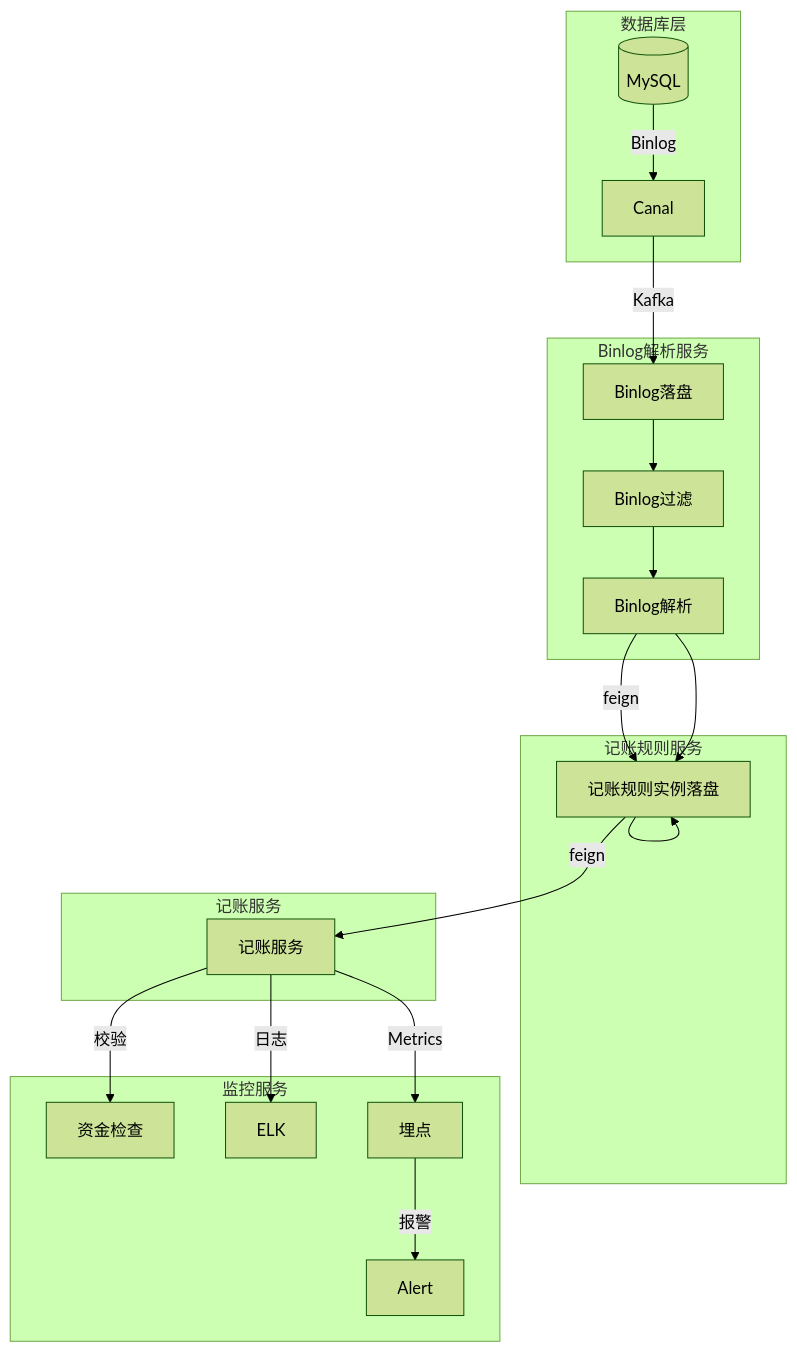
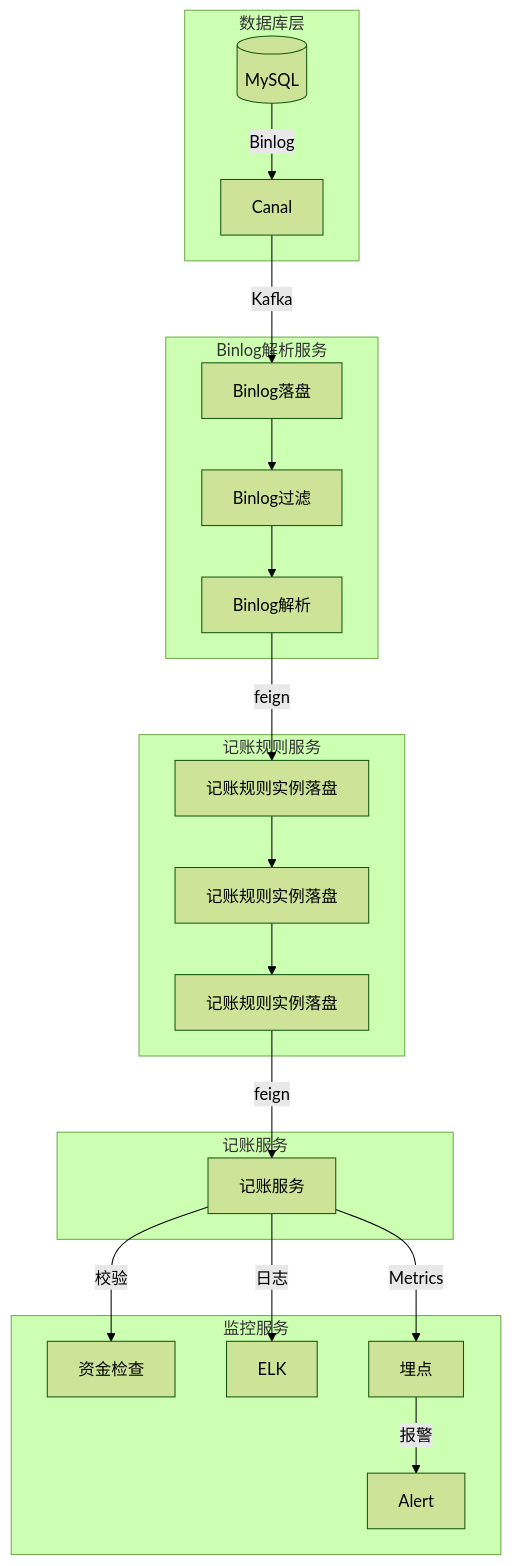
Before and after one commit to 87828943/iodraw-files: the diagram in all/记账架构图.md, drawn with Mermaid (forest theme).

Commit message:
2025-07-07 14:45:50 update

````diff
--- a/all/记账架构图.md
+++ b/all/记账架构图.md
@@ -1,26 +1,25 @@
 ```mermaid
 graph TB
     subgraph 数据库层
         DB[(MySQL)] -->|Binlog| Canal
     end
     subgraph Binlog解析服务
         Canal -->|Kafka| Binlog[Binlog落盘]
         Binlog --> Binlog1[Binlog过滤]
         Binlog1 --> Binlog2[Binlog解析]
     end
     subgraph 记账规则服务
         Binlog2 -->|feign| AccountingRule[记账规则实例落盘]
-        AccountingRule --> AccountingRule[记账规则实例落盘]
-        Binlog2 --> AccountingRule[记账规则实例落盘]
-        
+        AccountingRule --> AccountingRule1[记账规则实例落盘]
+        AccountingRule1 --> AccountingRule2[记账规则实例落盘] 
     end
     subgraph 记账服务
-       AccountingRule -->|feign| Accounting[记账服务]
+       AccountingRule2 -->|feign| Accounting[记账服务]
     end
     subgraph 监控服务
         Accounting --> |校验| 资金检查
         Accounting -->|日志| ELK
         Accounting -->|Metrics| 埋点
         埋点 -->|报警| Alert
     end
 ```
````
